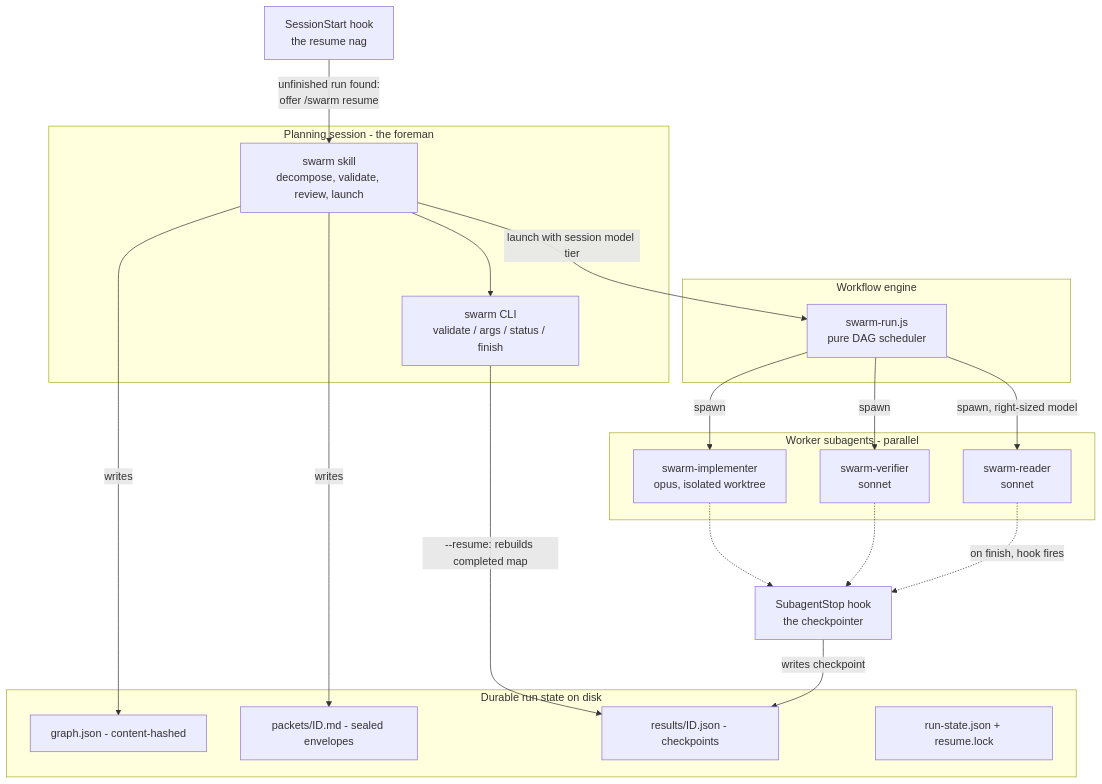
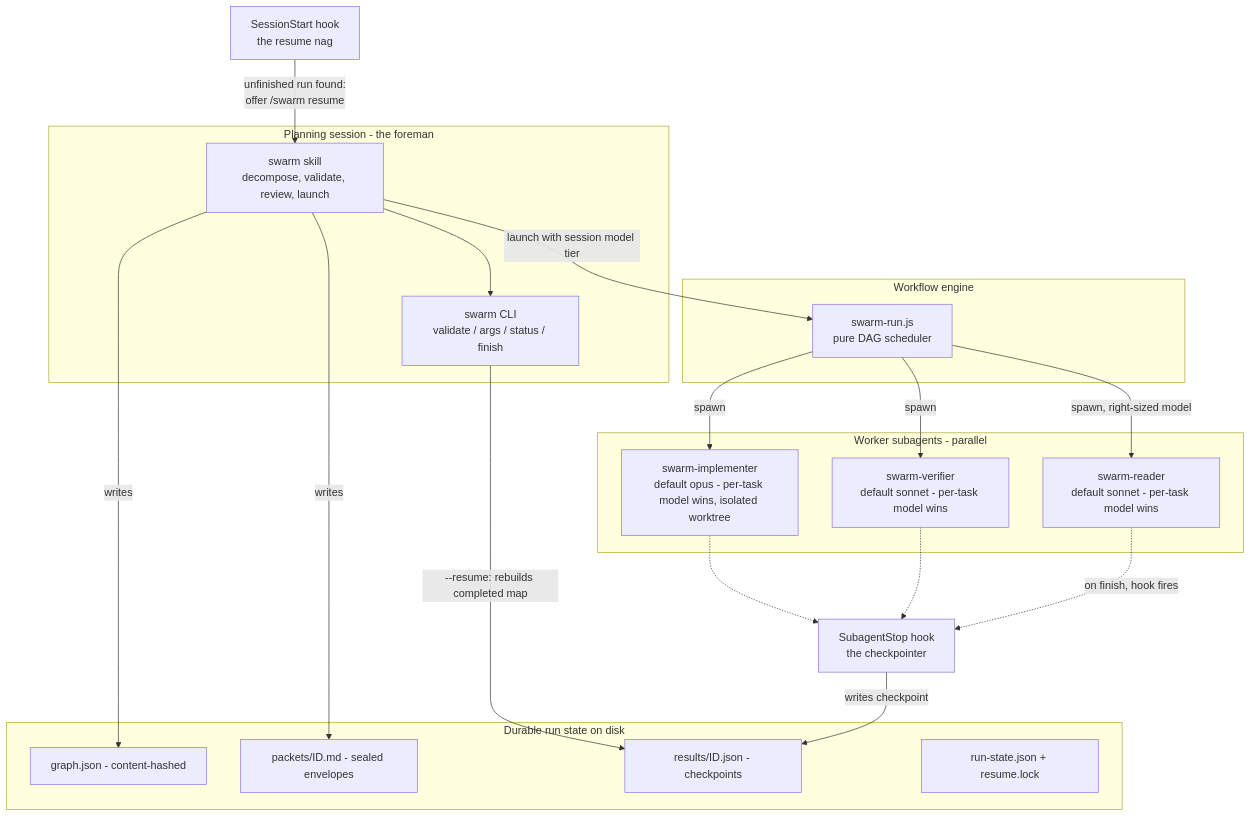
The sixth of 8 diagrams in README.md (varmabudharaju/swarm), drawn with Mermaid before and after one commit. The commit also changed other lines of this file and 2 other files, not shown here.

````diff
--- a/README.md
+++ b/README.md
@@ -198,36 +201,36 @@
 ```mermaid
 flowchart TB
     subgraph foreman ["Planning session - the foreman"]
         SK["swarm skill<br/>decompose, validate, review, launch"]
         CLI2["swarm CLI<br/>validate / args / status / finish"]
     end
     subgraph engine ["Workflow engine"]
         WF["swarm-run.js<br/>pure DAG scheduler"]
     end
     subgraph team ["Worker subagents - parallel"]
-        W1["swarm-reader<br/>sonnet"]
-        W2["swarm-verifier<br/>sonnet"]
-        W3["swarm-implementer<br/>opus, isolated worktree"]
+        W1["swarm-reader<br/>default sonnet - per-task model wins"]
+        W2["swarm-verifier<br/>default sonnet - per-task model wins"]
+        W3["swarm-implementer<br/>default opus - per-task model wins, isolated worktree"]
     end
     subgraph rundir ["Durable run state on disk"]
         GJ["graph.json - content-hashed"]
         PK["packets/ID.md - sealed envelopes"]
         RS["results/ID.json - checkpoints"]
         LK["run-state.json + resume.lock"]
     end
     HK["SubagentStop hook<br/>the checkpointer"]
     NAG["SessionStart hook<br/>the resume nag"]
     SK --> CLI2
     SK -->|"writes"| GJ
     SK -->|"writes"| PK
     SK -->|"launch with session model tier"| WF
     WF -->|"spawn, right-sized model"| W1
     WF -->|"spawn"| W2
     WF -->|"spawn"| W3
     W1 -.->|"on finish, hook fires"| HK
     W2 -.-> HK
     W3 -.-> HK
     HK -->|"writes checkpoint"| RS
     NAG -->|"unfinished run found:<br/>offer /swarm resume"| SK
     CLI2 -->|"--resume: rebuilds completed map"| RS
 ```
````
